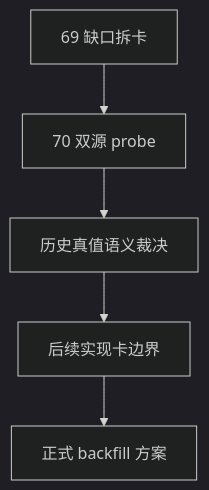
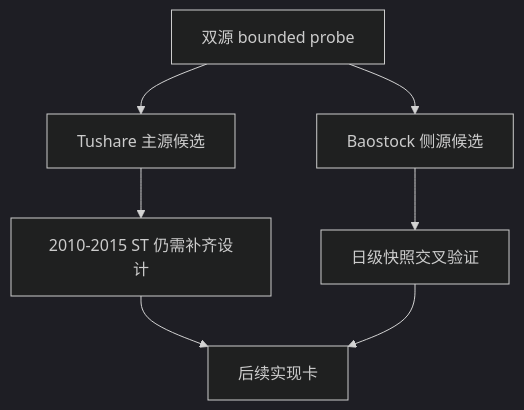
Before and after one commit to everything-is-simple/lifespan-0.01: the diagram in docs/03-execution/70-historical-objective-profile-backfill-source-selection-and-governance-conclusion-20260415.md, drawn with Mermaid (dark theme). The commit also changed other lines of this file and 2 other files, not shown here.

Commit message:
docs: refine objective source selection probe results

````diff
--- a/docs/03-execution/70-historical-objective-profile-backfill-source-selection-and-governance-conclusion-20260415.md
+++ b/docs/03-execution/70-historical-objective-profile-backfill-source-selection-and-governance-conclusion-20260415.md
@@ -27,7 +45,9 @@
 ```mermaid
 flowchart TD
-    A["69 缺口拆卡"] --> B["70 双源 probe"]
-    B --> C["历史真值语义裁决"]
-    C --> D["后续实现卡边界"]
-    D --> E["正式 backfill 方案"]
+    A["双源 bounded probe"] --> B["Tushare 主源候选"]
+    A --> C["Baostock 侧源候选"]
+    B --> D["2010-2015 ST 仍需补齐设计"]
+    C --> E["日级快照交叉验证"]
+    D --> F["后续实现卡"]
+    E --> F
 ```
````
